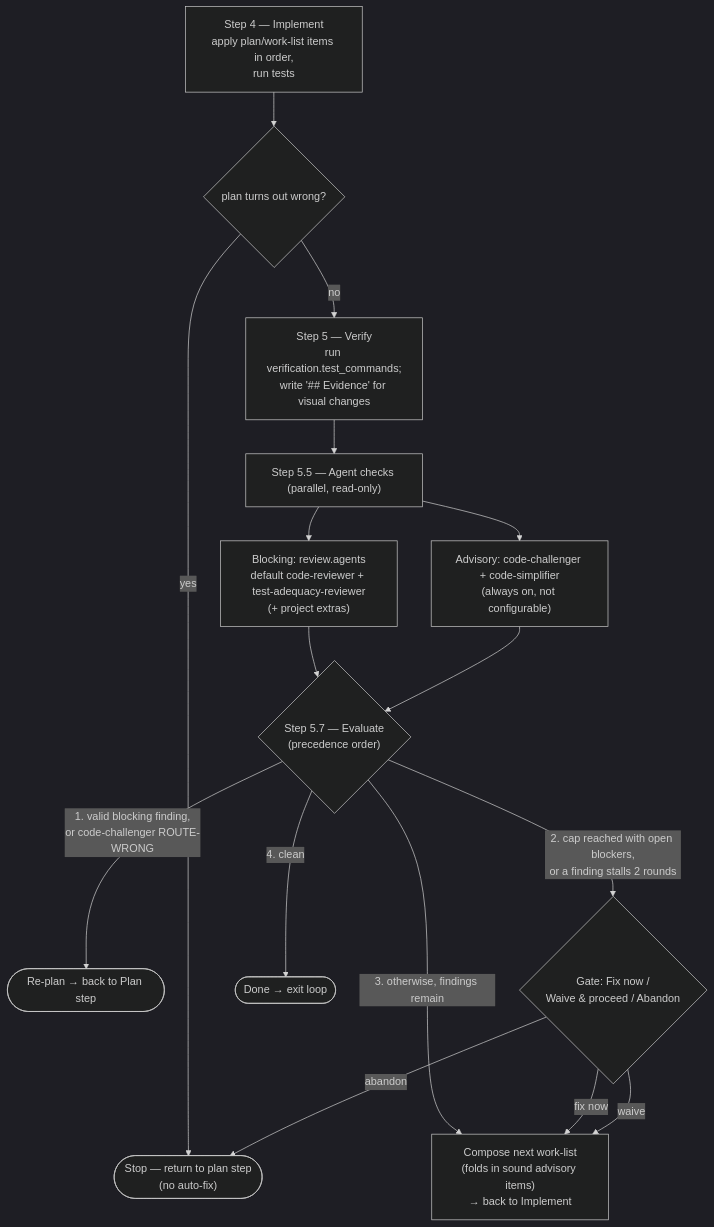
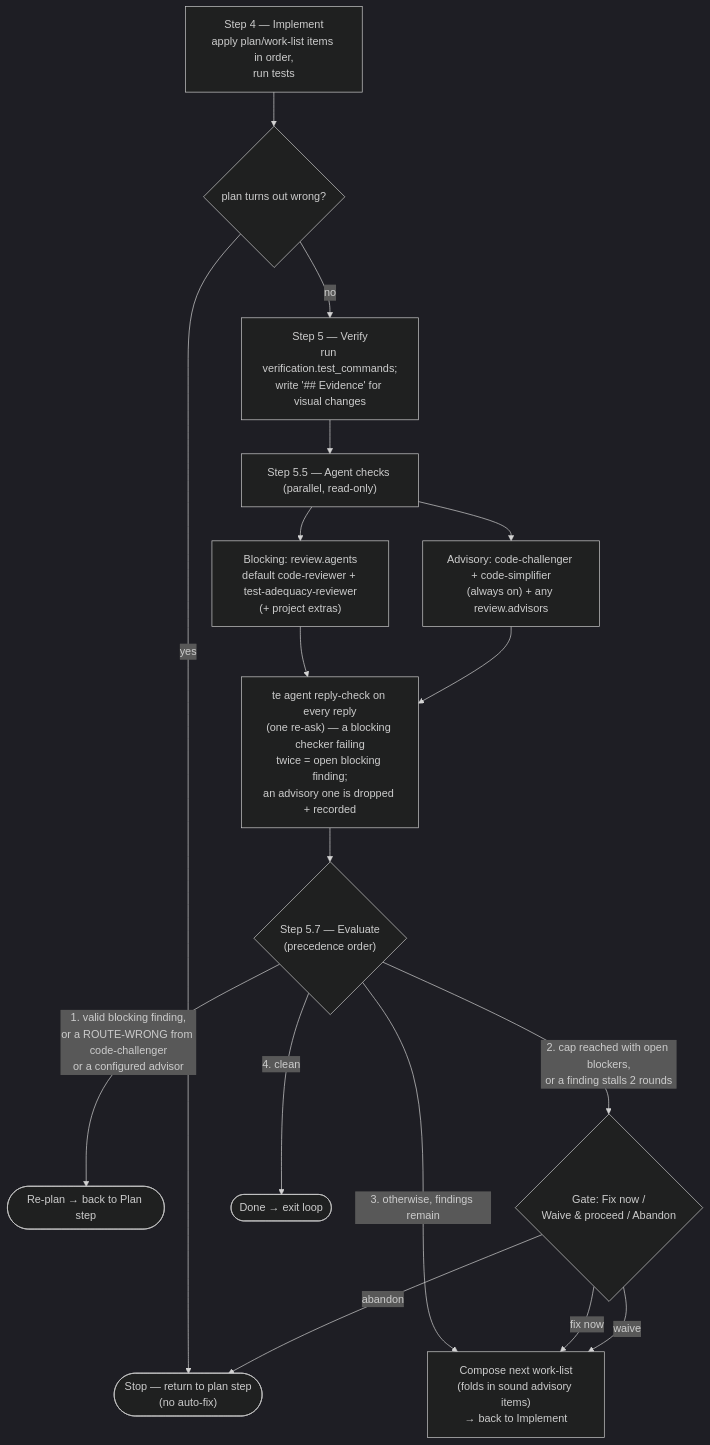
Before and after one commit to elmoritz/agents-skills-setup: the second of 2 diagrams in docs/workflow/pick.md, drawn with Mermaid (dark theme). The commit also changed other lines of this file and 23 other files, not shown here.

````diff
--- a/docs/workflow/pick.md
+++ b/docs/workflow/pick.md
@@ -56,22 +56,23 @@
 ```mermaid
 flowchart TD
     IMP["Step 4 — Implement<br/>apply plan/work-list items in order,<br/>run tests"] --> WrongPlan{"plan turns out wrong?"}
     WrongPlan -->|yes| BackToPlan(["Stop — return to plan step<br/>(no auto-fix)"])
     WrongPlan -->|no| VER["Step 5 — Verify<br/>run verification.test_commands;<br/>write '## Evidence' for visual changes"]
 
     VER --> AC["Step 5.5 — Agent checks (parallel, read-only)"]
     AC --> Blocking["Blocking: review.agents<br/>default code-reviewer + test-adequacy-reviewer<br/>(+ project extras)"]
-    AC --> Advisory["Advisory: code-challenger + code-simplifier<br/>(always on, not configurable)"]
+    AC --> Advisory["Advisory: code-challenger + code-simplifier<br/>(always on) + any review.advisors"]
 
-    Blocking --> EV{"Step 5.7 — Evaluate<br/>(precedence order)"}
-    Advisory --> EV
+    Blocking --> RC["te agent reply-check on every reply<br/>(one re-ask) — a blocking checker failing<br/>twice = open blocking finding;<br/>an advisory one is dropped + recorded"]
+    Advisory --> RC
+    RC --> EV{"Step 5.7 — Evaluate<br/>(precedence order)"}
 
-    EV -->|"1. valid blocking finding,<br/>or code-challenger ROUTE-WRONG"| Replan(["Re-plan → back to Plan step"])
+    EV -->|"1. valid blocking finding,<br/>or a ROUTE-WRONG from code-challenger<br/>or a configured advisor"| Replan(["Re-plan → back to Plan step"])
     EV -->|"2. cap reached with open blockers,<br/>or a finding stalls 2 rounds"| Escalate{"Gate: Fix now /<br/>Waive & proceed / Abandon"}
     EV -->|"3. otherwise, findings remain"| Iterate["Compose next work-list<br/>(folds in sound advisory items)<br/>→ back to Implement"]
     EV -->|"4. clean"| Done(["Done → exit loop"])
 
     Escalate -->|fix now| Iterate
     Escalate -->|waive| Iterate
     Escalate -->|abandon| BackToPlan
 ```
````
